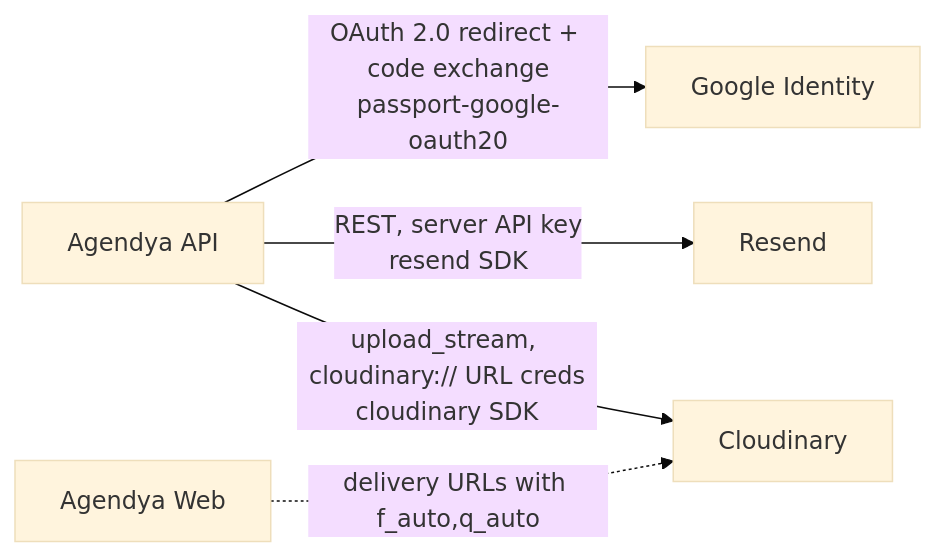
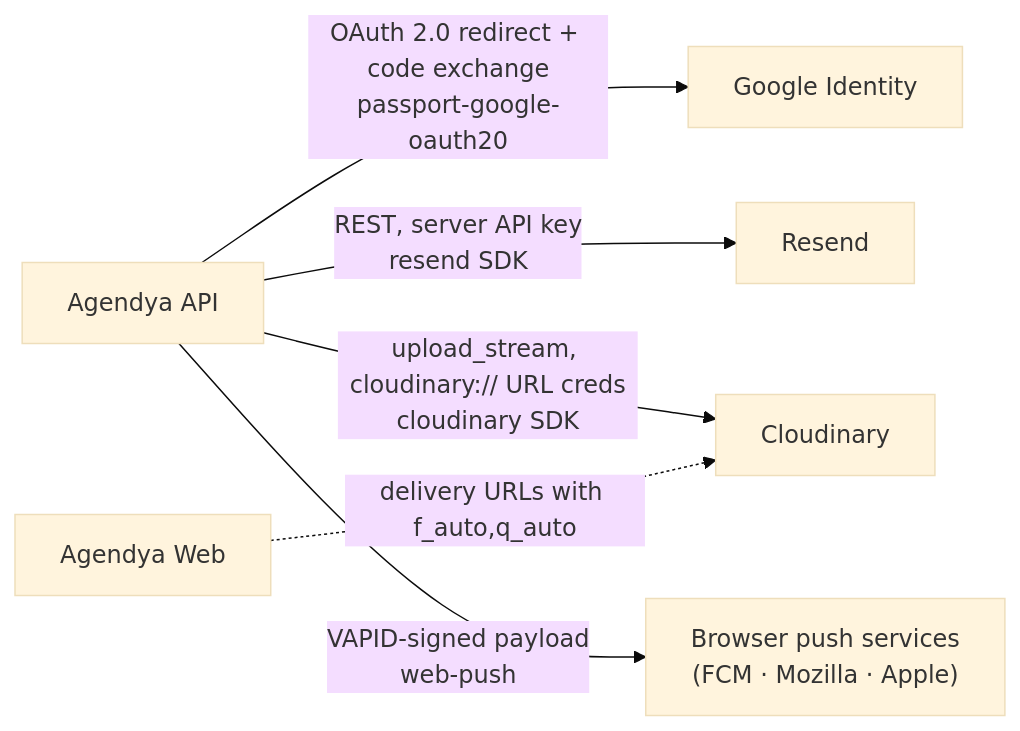
Before and after one commit to Emberalab/Agendya: the diagram in docs/src/content/docs/en/architecture/external-services.md, drawn with Mermaid (base theme). The commit also changed other lines of this file and 54 other files, not shown here.

````diff
--- a/docs/src/content/docs/en/architecture/external-services.md
+++ b/docs/src/content/docs/en/architecture/external-services.md
@@ -11,8 +11,9 @@
 ```mermaid
 flowchart LR
   API["Agendya API"]
   API -->|"OAuth 2.0 redirect + code exchange<br/>passport-google-oauth20"| G["Google Identity"]
   API -->|"REST, server API key<br/>resend SDK"| R["Resend"]
   API -->|"upload_stream, cloudinary:// URL creds<br/>cloudinary SDK"| C["Cloudinary"]
+  API -->|"VAPID-signed payload<br/>web-push"| P["Browser push services<br/>(FCM · Mozilla · Apple)"]
   Web["Agendya Web"] -.->|"delivery URLs with f_auto,q_auto"| C
 ```
````
